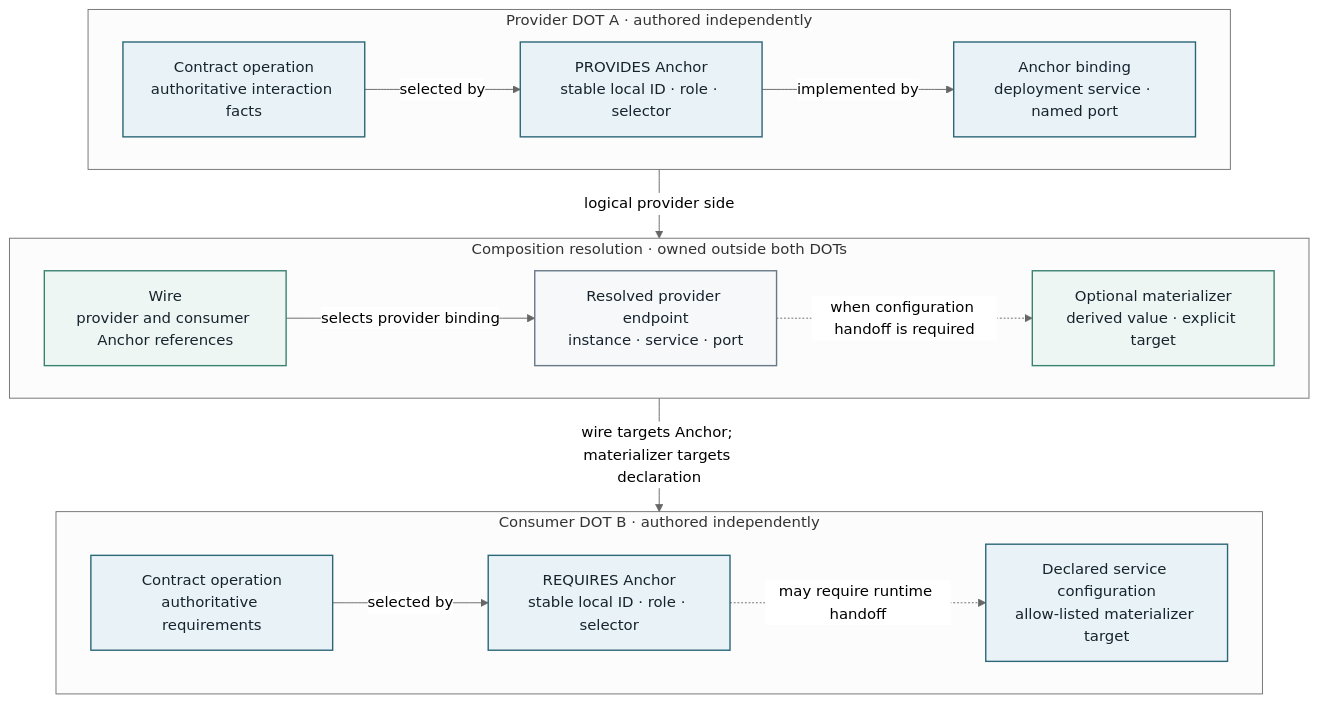
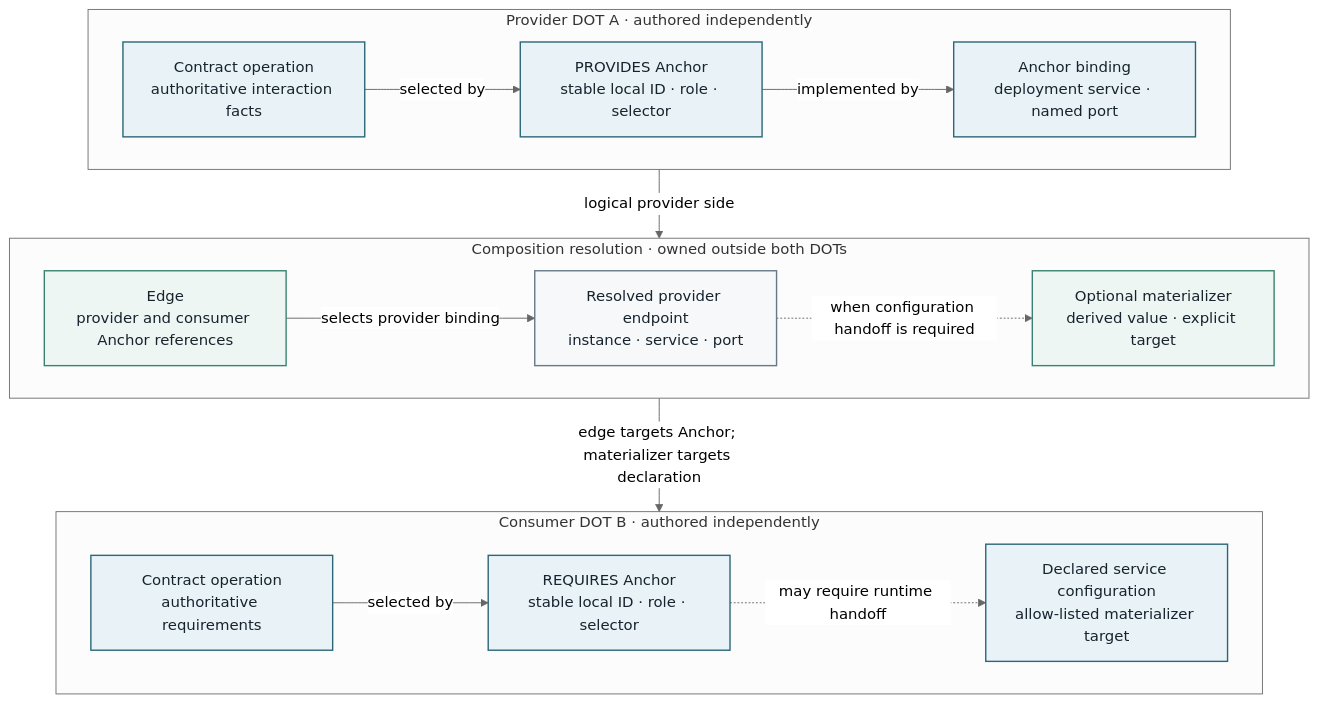
Before and after one commit to MARE-EU-Project/DOT-Docs: the diagram in DOT-Design/next/dot-design/_attachments/diagrams/dot-ownership-chain.mmd, drawn with Mermaid (neutral theme). The commit also changed 257 other files, not shown here.

```diff
--- a/DOT-Design/next/dot-design/_attachments/diagrams/dot-ownership-chain.mmd
+++ b/DOT-Design/next/dot-design/_attachments/diagrams/dot-ownership-chain.mmd
@@ -1,40 +1,40 @@
 flowchart TB
   accTitle: Ownership chain from provider DOT to consumer DOT
-  accDescr: A provider Contract, Anchor, and service-port binding are connected through a composition-owned wire, resolved endpoint, and optional materializer to a consumer Anchor and declared configuration target.
+  accDescr: A provider Contract, Anchor, and service-port binding are connected through a composition-owned edge, resolved endpoint, and optional materializer to a consumer Anchor and declared configuration target.
 
   subgraph Provider["Provider DOT A · authored independently"]
     direction LR
     PContract["Contract operation<br/>authoritative interaction facts"]
     PAnchor["PROVIDES Anchor<br/>stable local ID · role · selector"]
     PBinding["Anchor binding<br/>deployment service · named port"]
     PContract -->|selected by| PAnchor
     PAnchor -->|implemented by| PBinding
   end
 
   subgraph Resolution["Composition resolution · owned outside both DOTs"]
     direction LR
-    Wire["Wire<br/>provider and consumer Anchor references"]
+    Edge["Edge<br/>provider and consumer Anchor references"]
     Endpoint["Resolved provider endpoint<br/>instance · service · port"]
     Materializer["Optional materializer<br/>derived value · explicit target"]
-    Wire -->|selects provider binding| Endpoint
+    Edge -->|selects provider binding| Endpoint
     Endpoint -.->|when configuration handoff is required| Materializer
   end
 
   subgraph Consumer["Consumer DOT B · authored independently"]
     direction LR
     CContract["Contract operation<br/>authoritative requirements"]
     CAnchor["REQUIRES Anchor<br/>stable local ID · role · selector"]
     CConfig["Declared service configuration<br/>allow-listed materializer target"]
     CContract -->|selected by| CAnchor
     CAnchor -.->|may require runtime handoff| CConfig
   end
 
   Provider -->|logical provider side| Resolution
-  Resolution -->|wire targets Anchor; materializer targets declaration| Consumer
+  Resolution -->|edge targets Anchor; materializer targets declaration| Consumer
 
   classDef definition fill:#e8f2f7,stroke:#2b6777,color:#17232d,stroke-width:1.5px;
   classDef topology fill:#eef6f3,stroke:#39826f,color:#17232d,stroke-width:1.5px;
   classDef runtime fill:#f6f8fa,stroke:#687887,color:#17232d,stroke-width:1.5px;
   class PContract,PAnchor,PBinding,CContract,CAnchor,CConfig definition;
-  class Wire,Materializer topology;
+  class Edge,Materializer topology;
   class Endpoint runtime;
```
